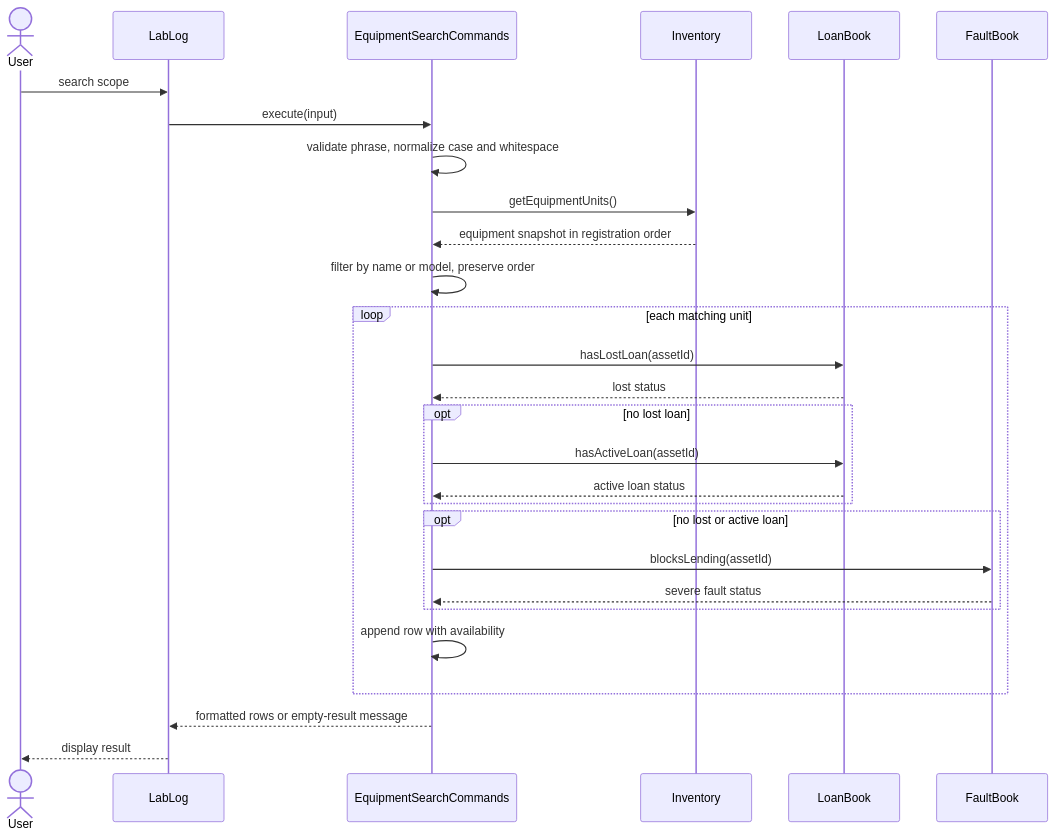
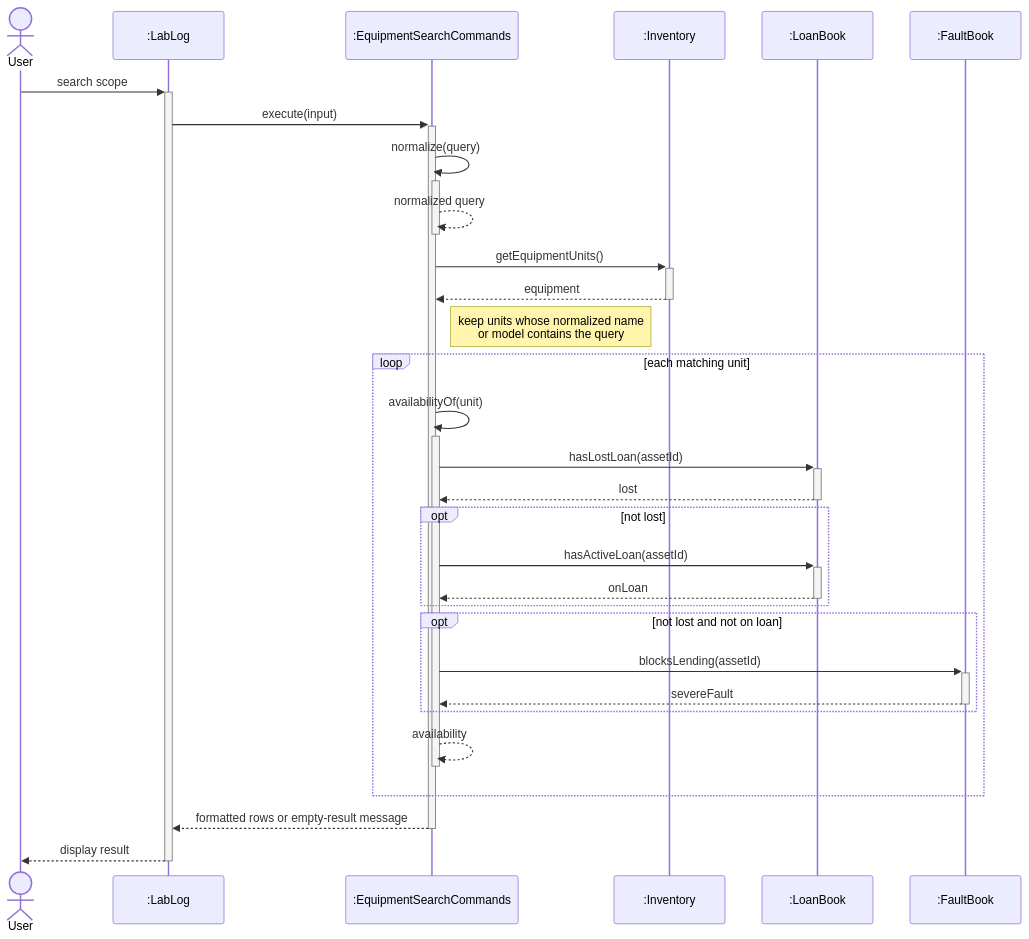
Before and after one commit to AY2627S1-CS2113-W13-3/tp: the sixth of 12 diagrams in docs/DeveloperGuide.md, drawn with Mermaid. The commit also changed other lines of this file and 6 other files, not shown here.

First line of the commit message:
docs: Fix UML diagrams and add DG overview

````diff
--- a/docs/DeveloperGuide.md
+++ b/docs/DeveloperGuide.md
@@ -402,30 +540,32 @@
 ```mermaid
 sequenceDiagram
     actor User
-    participant CLI as LabLog
-    participant Commands as EquipmentSearchCommands
-    participant Equipment as Inventory
-    participant Loans as LoanBook
-    participant Faults as FaultBook
-    User->>CLI: search scope
-    CLI->>Commands: execute(input)
-    Commands->>Commands: validate phrase, normalize case and whitespace
-    Commands->>Equipment: getEquipmentUnits()
-    Equipment-->>Commands: equipment snapshot in registration order
-    Commands->>Commands: filter by name or model, preserve order
+    participant CLI as :LabLog
+    participant Commands as :EquipmentSearchCommands
+    participant Equipment as :Inventory
+    participant Loans as :LoanBook
+    participant Faults as :FaultBook
+    User->>+CLI: search scope
+    CLI->>+Commands: execute(input)
+    Commands->>+Commands: normalize(query)
+    Commands-->>-Commands: normalized query
+    Commands->>+Equipment: getEquipmentUnits()
+    Equipment-->>-Commands: equipment
+    Note right of Commands: keep units whose normalized name<br/>or model contains the query
     loop each matching unit
-        Commands->>Loans: hasLostLoan(assetId)
-        Loans-->>Commands: lost status
-        opt no lost loan
-            Commands->>Loans: hasActiveLoan(assetId)
-            Loans-->>Commands: active loan status
+        Commands->>+Commands: availabilityOf(unit)
+        Commands->>+Loans: hasLostLoan(assetId)
+        Loans-->>-Commands: lost
+        opt not lost
+            Commands->>+Loans: hasActiveLoan(assetId)
+            Loans-->>-Commands: onLoan
         end
-        opt no lost or active loan
-            Commands->>Faults: blocksLending(assetId)
-            Faults-->>Commands: severe fault status
+        opt not lost and not on loan
+            Commands->>+Faults: blocksLending(assetId)
+            Faults-->>-Commands: severeFault
         end
-        Commands->>Commands: append row with availability
+        Commands-->>-Commands: availability
     end
-    Commands-->>CLI: formatted rows or empty-result message
-    CLI-->>User: display result
+    Commands-->>-CLI: formatted rows or empty-result message
+    CLI-->>-User: display result
 ```
````
